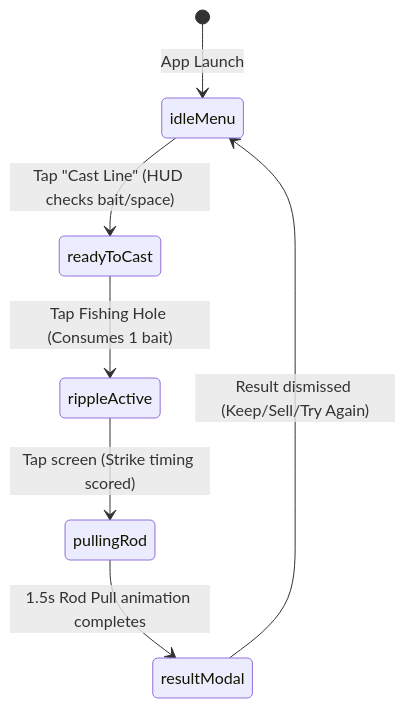
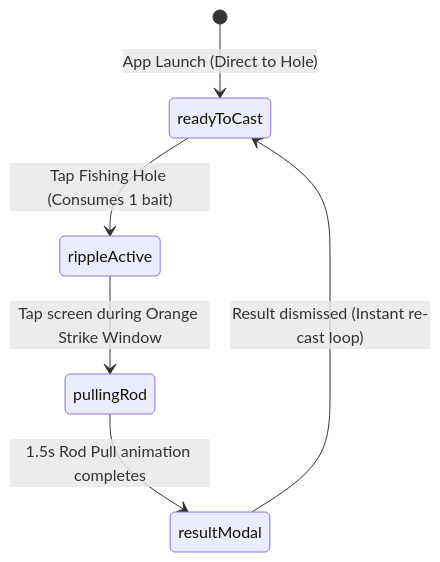
Before and after one commit to 0xCoderunknown/junk_fishing: the diagram in README.md, drawn with Mermaid. The commit also changed other lines of this file and 3 other files, not shown here.

Commit message:
docs: expand AGENTS.md technical charter for AI maintainers and align README.md

````diff
--- a/README.md
+++ b/README.md
@@ -13,9 +13,8 @@
 ```mermaid
 stateDiagram-v2
-    [*] --> idleMenu: App Launch
-    idleMenu --> readyToCast: Tap "Cast Line" (HUD checks bait/space)
+    [*] --> readyToCast: App Launch (Direct to Hole)
     readyToCast --> rippleActive: Tap Fishing Hole (Consumes 1 bait)
-    rippleActive --> pullingRod: Tap screen (Strike timing scored)
+    rippleActive --> pullingRod: Tap screen during Orange Strike Window
     pullingRod --> resultModal: 1.5s Rod Pull animation completes
-    resultModal --> idleMenu: Result dismissed (Keep/Sell/Try Again)
+    resultModal --> readyToCast: Result dismissed (Instant re-cast loop)
 ```
````
